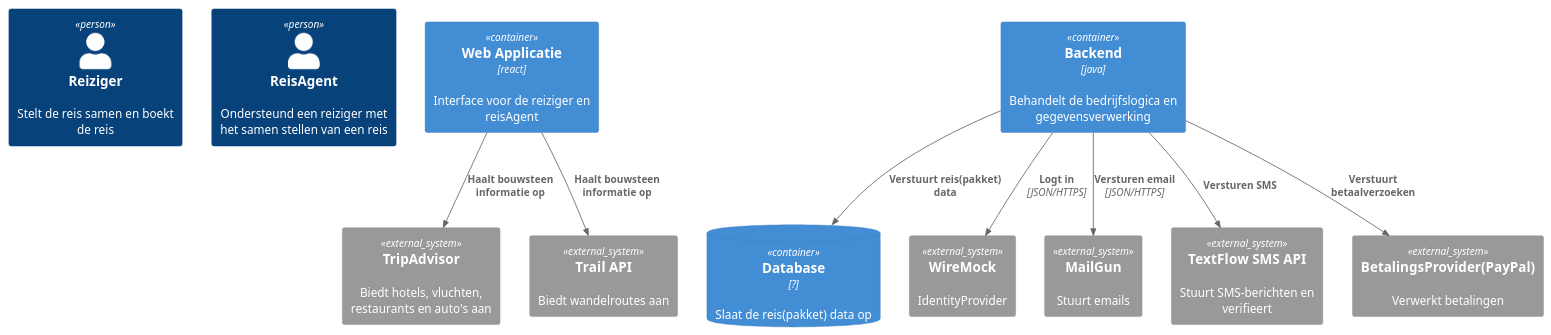
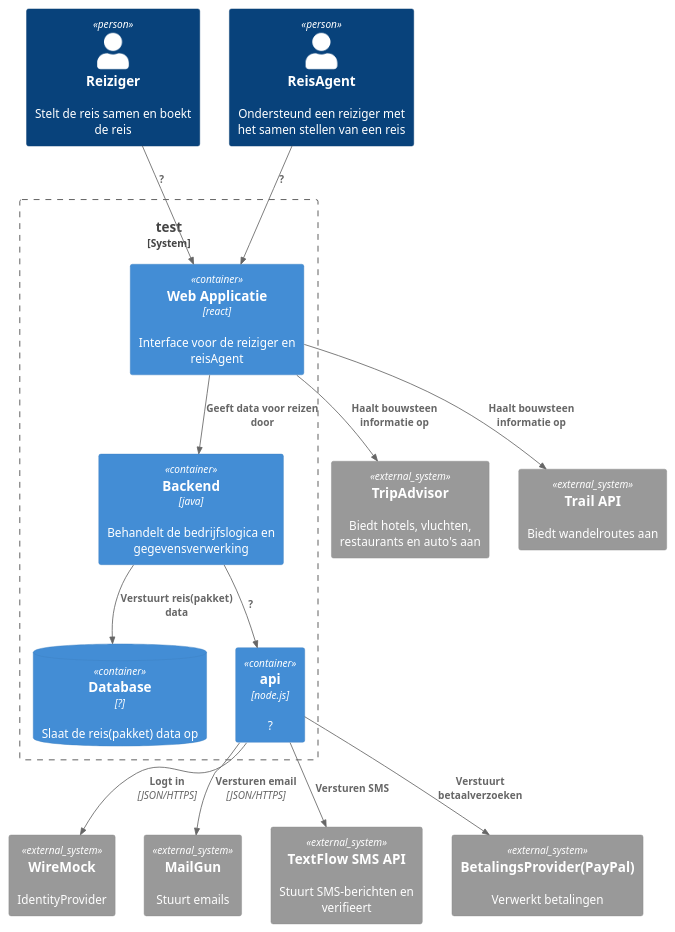
Before and after one commit to AIM-ENE-feb25/triptop-groep-6-caspar-khaled-daniel: the diagram in CasparMap/ContainerDiagramCaspar.puml, drawn with PlantUML. The commit also changed 3 other files, not shown here.

```diff
--- a/CasparMap/ContainerDiagramCaspar.puml
+++ b/CasparMap/ContainerDiagramCaspar.puml
@@ -1,28 +1,39 @@
 @startuml C4_Elements
 !include https://raw.githubusercontent.com/plantuml-stdlib/C4-PlantUML/master/C4_Container.puml
 
 Person(reiziger, "Reiziger", "Stelt de reis samen en boekt de reis")
 Person(reisAgent, "ReisAgent", "Ondersteund een reiziger met het samen stellen van een reis")
 
-Container(frontend, "Web Applicatie", "react", "Interface voor de reiziger en reisAgent" )
-Container(backend, "Backend", "java", "Behandelt de bedrijfslogica en gegevensverwerking")
 
-ContainerDb(db, "Database", "?", "Slaat de reis(pakket) data op")
 
 System_Ext(wireMock, "WireMock", "IdentityProvider")
 System_Ext(tripAdvisor, "TripAdvisor", "Biedt hotels, vluchten, restaurants en auto's aan")
 System_Ext(trail, "Trail API", "Biedt wandelroutes aan")
 System_Ext(mailGun, "MailGun", "Stuurt emails")
 System_Ext(textFlow, "TextFlow SMS API", "Stuurt SMS-berichten en verifieert")
 System_Ext(betalingsProvider, "BetalingsProvider(PayPal)", "Verwerkt betalingen")
 
+System_Boundary(c1, "test") {
+    ContainerDb(db, "Database", "?", "Slaat de reis(pakket) data op")
+    Container(frontend, "Web Applicatie", "react", "Interface voor de reiziger en reisAgent" )
+    Container(backend, "Backend", "java", "Behandelt de bedrijfslogica en gegevensverwerking")
+    Container(api, "api", "node.js", "?")
+}
+
 Rel(frontend, trail, "Haalt bouwsteen informatie op")
 Rel(frontend, tripAdvisor, "Haalt bouwsteen informatie op")
 
-Rel(backend, wireMock, "Logt in", "JSON/HTTPS")
-Rel(backend, mailGun, "Versturen email", "JSON/HTTPS")
-Rel(backend, textFlow, "Versturen SMS")
-Rel(backend, betalingsProvider, "Verstuurt betaalverzoeken")
+Rel(api, wireMock, "Logt in", "JSON/HTTPS")
+Rel(api, mailGun, "Versturen email", "JSON/HTTPS")
+Rel(api, textFlow, "Versturen SMS")
+Rel(api, betalingsProvider, "Verstuurt betaalverzoeken")
+
+Rel(frontend, backend, "Geeft data voor reizen door")
+
+Rel(backend, api, "?")
 Rel(backend, db, "Verstuurt reis(pakket) data")
 
+Rel(reiziger, frontend, "?")
+Rel(reisAgent, frontend, "?")
+
 @enduml
```
